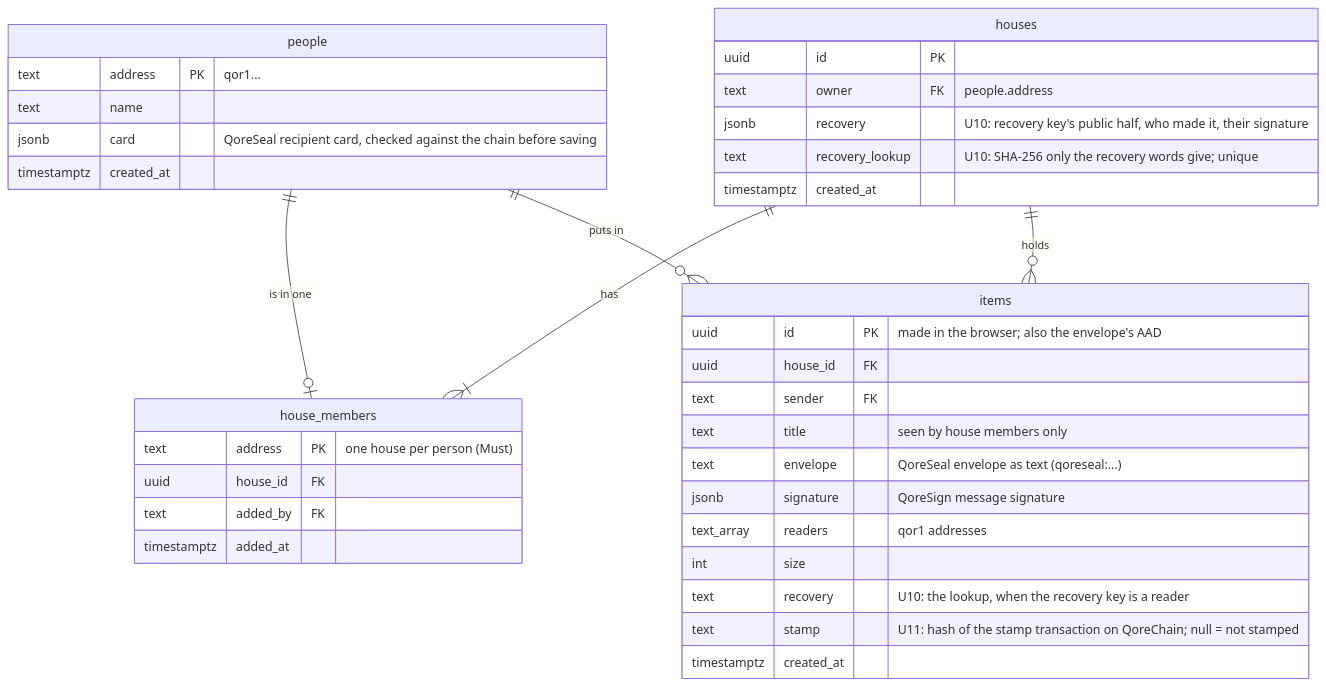
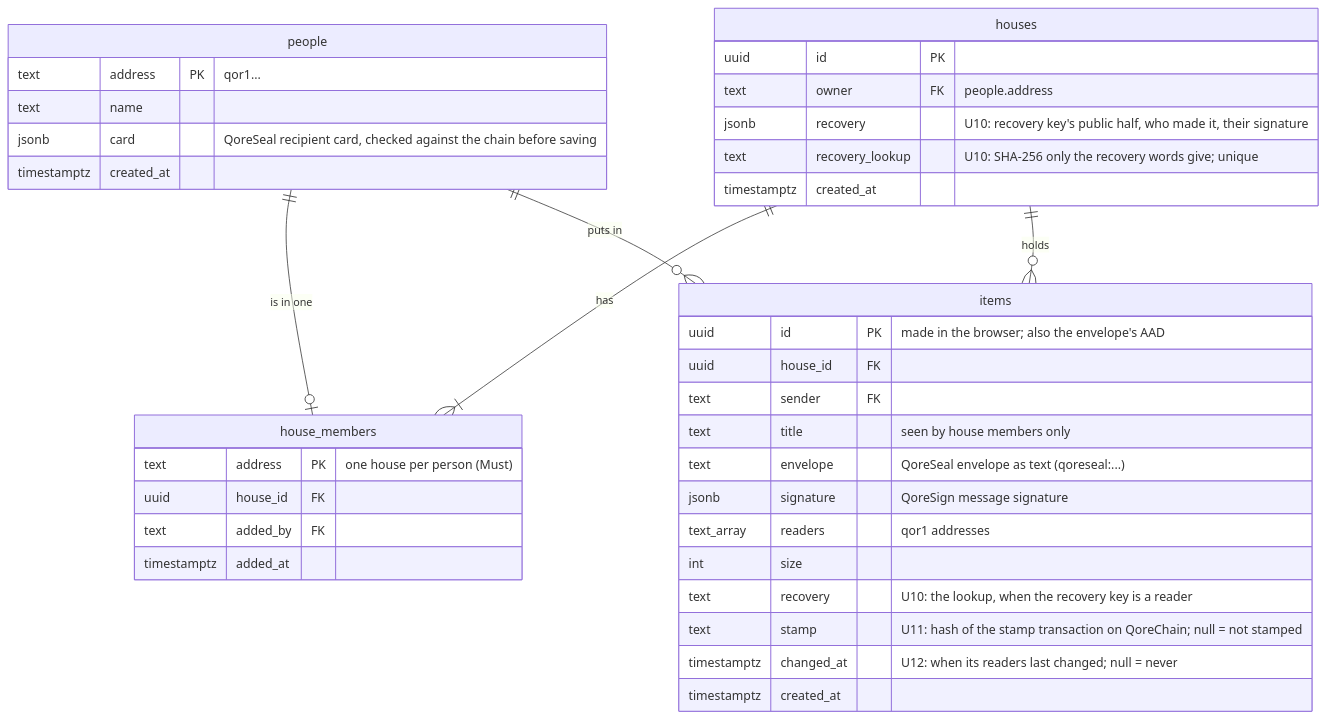
One commit to ervhint/lockhouse changed the diagram in docs/PLAN.md. Above: the diagram before and after it, drawn with Mermaid. The commit also changed other lines of this file and 3 other files, not shown here.

````diff
--- a/docs/PLAN.md
+++ b/docs/PLAN.md
@@ -96,39 +96,40 @@
 ```mermaid
 erDiagram
   people ||--o| house_members : "is in one"
   houses ||--|{ house_members : has
   houses ||--o{ items : holds
   people ||--o{ items : "puts in"
   people {
     text address PK "qor1..."
     text name
     jsonb card "QoreSeal recipient card, checked against the chain before saving"
     timestamptz created_at
   }
   houses {
     uuid id PK
     text owner FK "people.address"
     jsonb recovery "U10: recovery key's public half, who made it, their signature"
     text recovery_lookup "U10: SHA-256 only the recovery words give; unique"
     timestamptz created_at
   }
   house_members {
     text address PK "one house per person (Must)"
     uuid house_id FK
     text added_by FK
     timestamptz added_at
   }
   items {
     uuid id PK "made in the browser; also the envelope's AAD"
     uuid house_id FK
     text sender FK
     text title "seen by house members only"
     text envelope "QoreSeal envelope as text (qoreseal:...)"
     jsonb signature "QoreSign message signature"
     text_array readers "qor1 addresses"
     int size
     text recovery "U10: the lookup, when the recovery key is a reader"
     text stamp "U11: hash of the stamp transaction on QoreChain; null = not stamped"
+    timestamptz changed_at "U12: when its readers last changed; null = never"
     timestamptz created_at
   }
 ```
````
